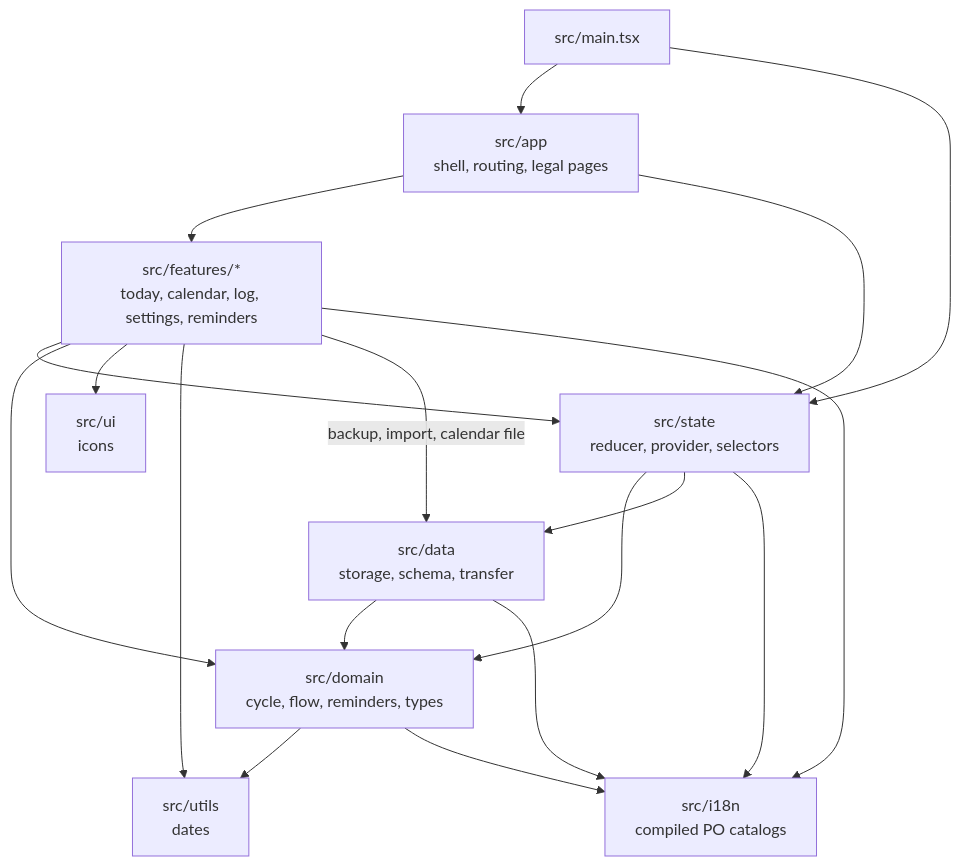
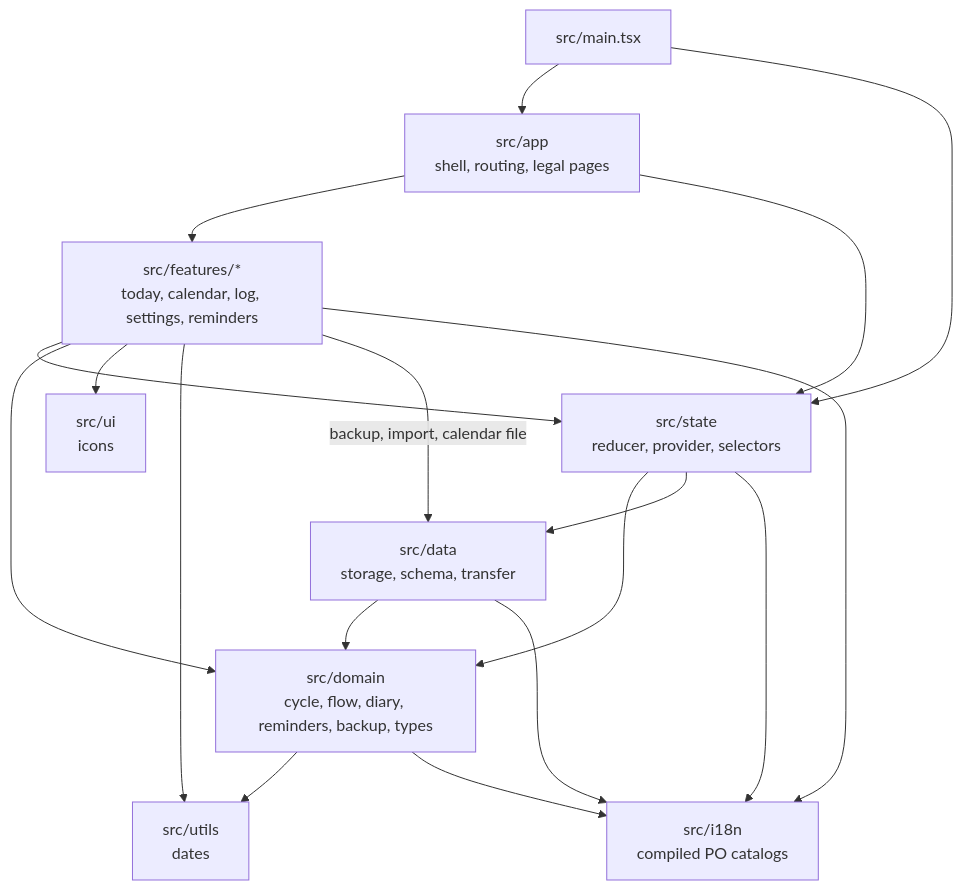
The diagram in docs/architecture.md (simonvanlierde/tide), drawn with Mermaid before and after one commit. The commit also changed other lines of this file and 10 other files, not shown here.

````diff
--- a/docs/architecture.md
+++ b/docs/architecture.md
@@ -11,13 +11,13 @@
 ```mermaid
 flowchart TD
   main["src/main.tsx"] --> app & state
   app["src/app<br/>shell, routing, legal pages"] --> features & state
   features["src/features/*<br/>today, calendar, log, settings, reminders"] --> state & domain & ui & utils
   features -- "backup, import, calendar file" --> data
   state["src/state<br/>reducer, provider, selectors"] --> domain & data
   data["src/data<br/>storage, schema, transfer"] --> domain
-  domain["src/domain<br/>cycle, flow, reminders, types"] --> utils["src/utils<br/>dates"]
+  domain["src/domain<br/>cycle, flow, diary, reminders, backup, types"] --> utils["src/utils<br/>dates"]
   i18n["src/i18n<br/>compiled PO catalogs"]
   ui["src/ui<br/>icons"]
   state & features & domain & data --> i18n
 ```
````
